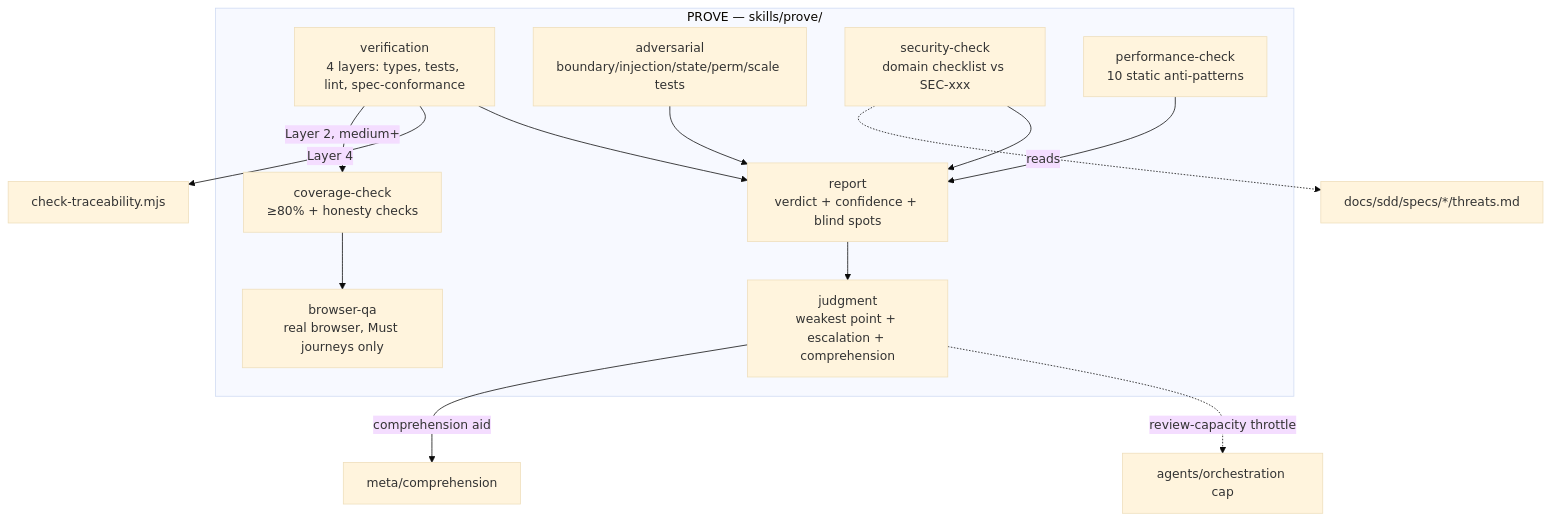
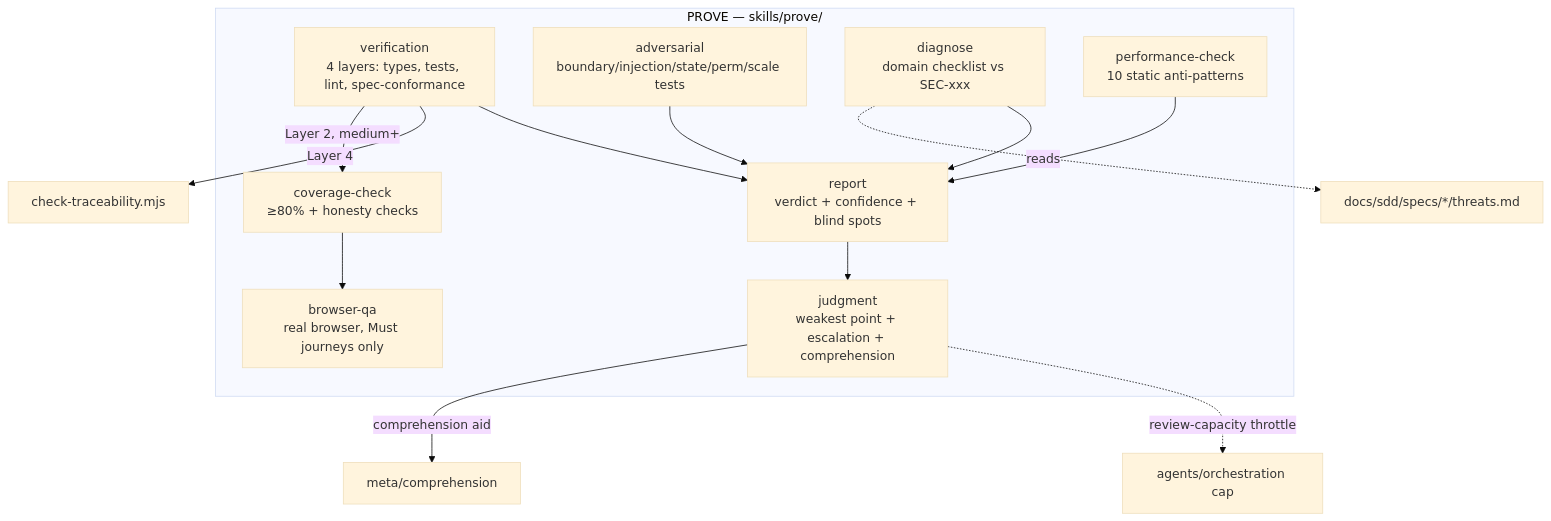
The fifth of 14 diagrams in docs/ARCHITECTURE.md (fprtm/sdd-pipeline), drawn with Mermaid (base theme) before and after one commit. The commit also changed other lines of this file and 107 other files, not shown here.

````diff
--- a/docs/ARCHITECTURE.md
+++ b/docs/ARCHITECTURE.md
@@ -213,22 +213,22 @@
 ```mermaid
 flowchart TD
     subgraph PROVE["PROVE — skills/prove/"]
         VERIFY["verification\n4 layers: types, tests, lint, spec-conformance"]
         COV["coverage-check\n≥80% + honesty checks"]
         ADV["adversarial\nboundary/injection/state/perm/scale tests"]
-        SEC["security-check\ndomain checklist vs SEC-xxx"]
+        SEC["diagnose\ndomain checklist vs SEC-xxx"]
         PERF["performance-check\n10 static anti-patterns"]
         BQA["browser-qa\nreal browser, Must journeys only"]
         REPORT["report\nverdict + confidence + blind spots"]
         JUDGE["judgment\nweakest point + escalation + comprehension"]
     end
 
     VERIFY -->|"Layer 2, medium+"| COV
     COV --> BQA
     VERIFY -->|"Layer 4"| TRACECHK["check-traceability.mjs"]
     SEC -.reads.-> THREATDOC["docs/sdd/specs/*/threats.md"]
     VERIFY & ADV & SEC & PERF --> REPORT
     REPORT --> JUDGE
     JUDGE -->|"comprehension aid"| COMP["meta/comprehension"]
     JUDGE -.review-capacity throttle.-> ORCH2["agents/orchestration cap"]
 ```
````
